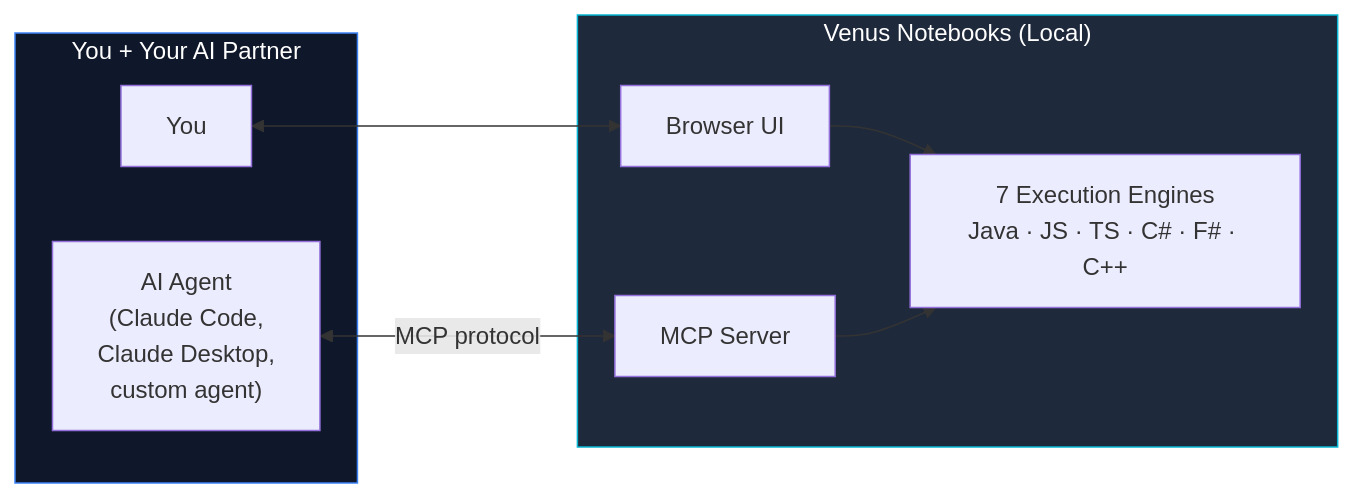
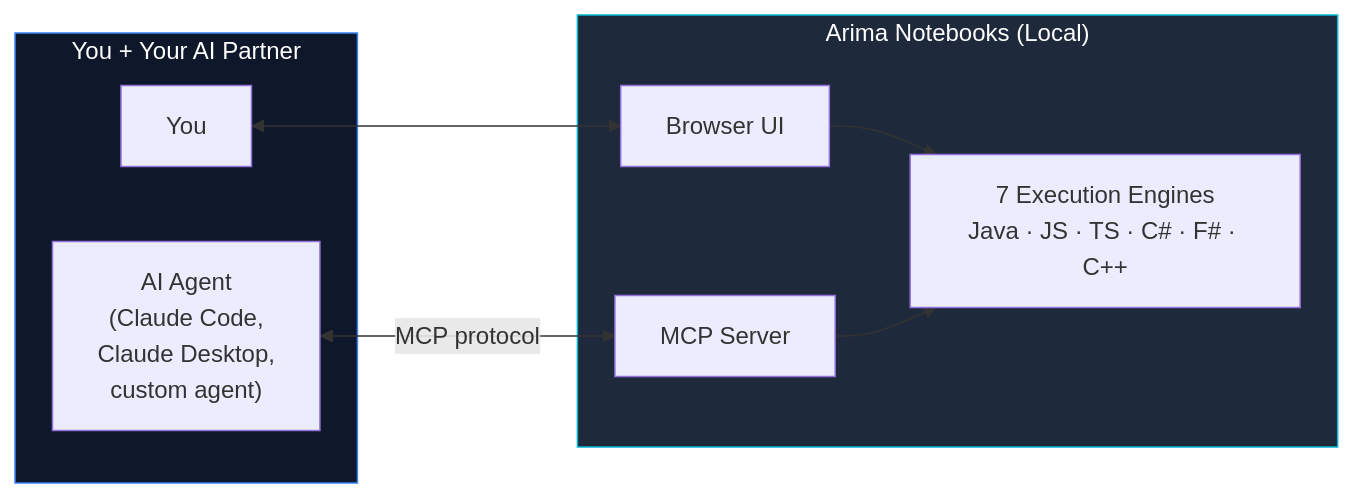
Before and after one commit to snchande/Venus: the diagram in articles/linkedin-article.md, drawn with Mermaid. The commit also changed other lines of this file and 215 other files, not shown here.

First line of the commit message:
Rebrand Venus -> Arima Notebooks (Barista engine), v3.1.0

````diff
--- a/articles/linkedin-article.md
+++ b/articles/linkedin-article.md
@@ -93,21 +93,21 @@
 ```mermaid
 flowchart LR
     subgraph You["You + Your AI Partner"]
         DEV["You"]
         AI["AI Agent<br/>(Claude Code,<br/>Claude Desktop,<br/>custom agent)"]
     end
 
-    subgraph Venus["Venus Notebooks (Local)"]
+    subgraph Arima["Arima Notebooks (Local)"]
         UI["Browser UI"]
         MCP["MCP Server"]
         ENG["7 Execution Engines<br/>Java · JS · TS · C# · F# · C++"]
     end
 
     DEV <--> UI
     AI <-->|"MCP protocol"| MCP
     UI --> ENG
     MCP --> ENG
 
     style You fill:#0f172a,stroke:#3b82f6,color:#fff
-    style Venus fill:#1e293b,stroke:#06b6d4,color:#fff
+    style Arima fill:#1e293b,stroke:#06b6d4,color:#fff
 ```
````
